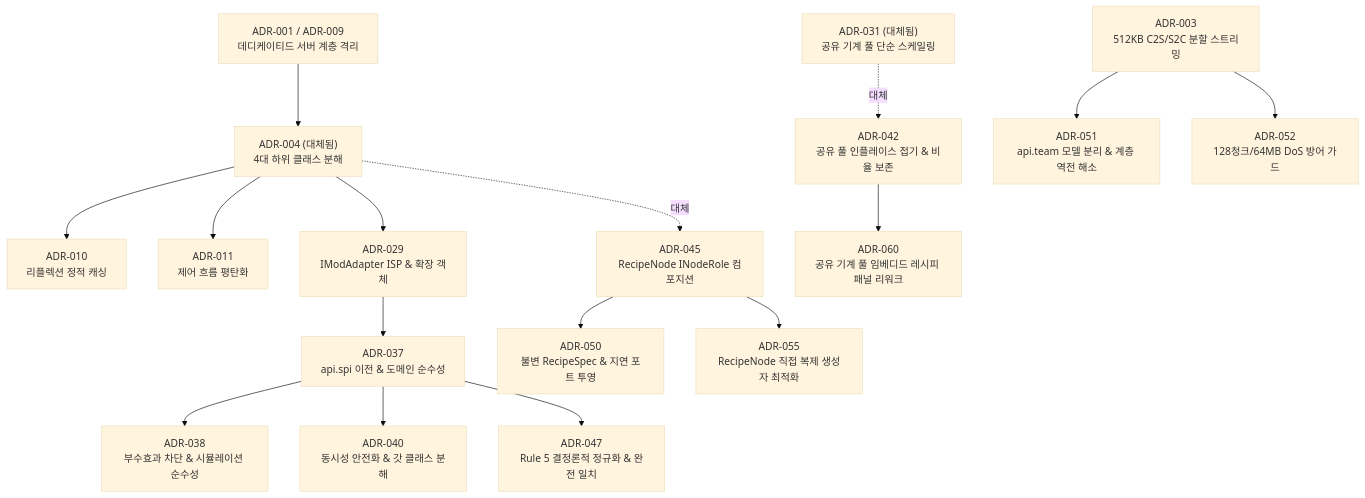
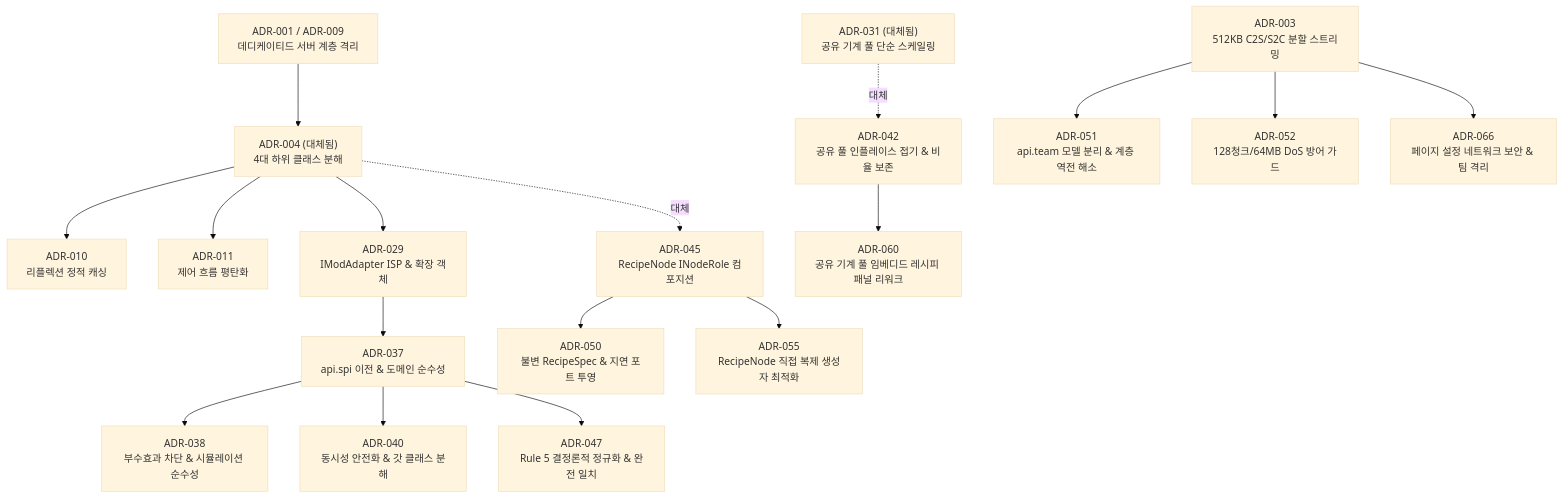
One commit to Amvermain/GregTechCalculatorBoard changed the fourth of 4 diagrams in docs/adr/README.md. Above: the diagram before and after it, drawn with Mermaid (base theme). The commit also changed other lines of this file and 80 other files, not shown here.

````diff
--- a/docs/adr/README.md
+++ b/docs/adr/README.md
@@ -85,18 +85,19 @@
 ```mermaid
 flowchart TD
     ADR001["ADR-001 / ADR-009<br/>데디케이티드 서버 계층 격리"] --> ADR004["ADR-004 (대체됨)<br/>4대 하위 클래스 분해"]
     ADR004 --> ADR010["ADR-010<br/>리플렉션 정적 캐싱"]
     ADR004 --> ADR011["ADR-011<br/>제어 흐름 평탄화"]
     ADR004 --> ADR029["ADR-029<br/>IModAdapter ISP & 확장 객체"]
     ADR029 --> ADR037["ADR-037<br/>api.spi 이전 & 도메인 순수성"]
     ADR037 --> ADR038["ADR-038<br/>부수효과 차단 & 시뮬레이션 순수성"]
     ADR037 --> ADR040["ADR-040<br/>동시성 안전화 & 갓 클래스 분해"]
     ADR037 --> ADR047["ADR-047<br/>Rule 5 결정론적 정규화 & 완전 일치"]
     ADR004 -.->|대체| ADR045["ADR-045<br/>RecipeNode INodeRole 컴포지션"]
     ADR045 --> ADR050["ADR-050<br/>불변 RecipeSpec & 지연 포트 투영"]
     ADR045 --> ADR055["ADR-055<br/>RecipeNode 직접 복제 생성자 최적화"]
     ADR031["ADR-031 (대체됨)<br/>공유 기계 풀 단순 스케일링"] -.->|대체| ADR042["ADR-042<br/>공유 풀 인플레이스 접기 & 비율 보존"]
     ADR042 --> ADR060["ADR-060<br/>공유 기계 풀 임베디드 레시피 패널 리워크"]
     ADR003["ADR-003<br/>512KB C2S/S2C 분할 스트리밍"] --> ADR051["ADR-051<br/>api.team 모델 분리 & 계층 역전 해소"]
     ADR003 --> ADR052["ADR-052<br/>128청크/64MB DoS 방어 가드"]
+    ADR003 --> ADR066["ADR-066<br/>페이지 설정 네트워크 보안 & 팀 격리"]
 ```
````
